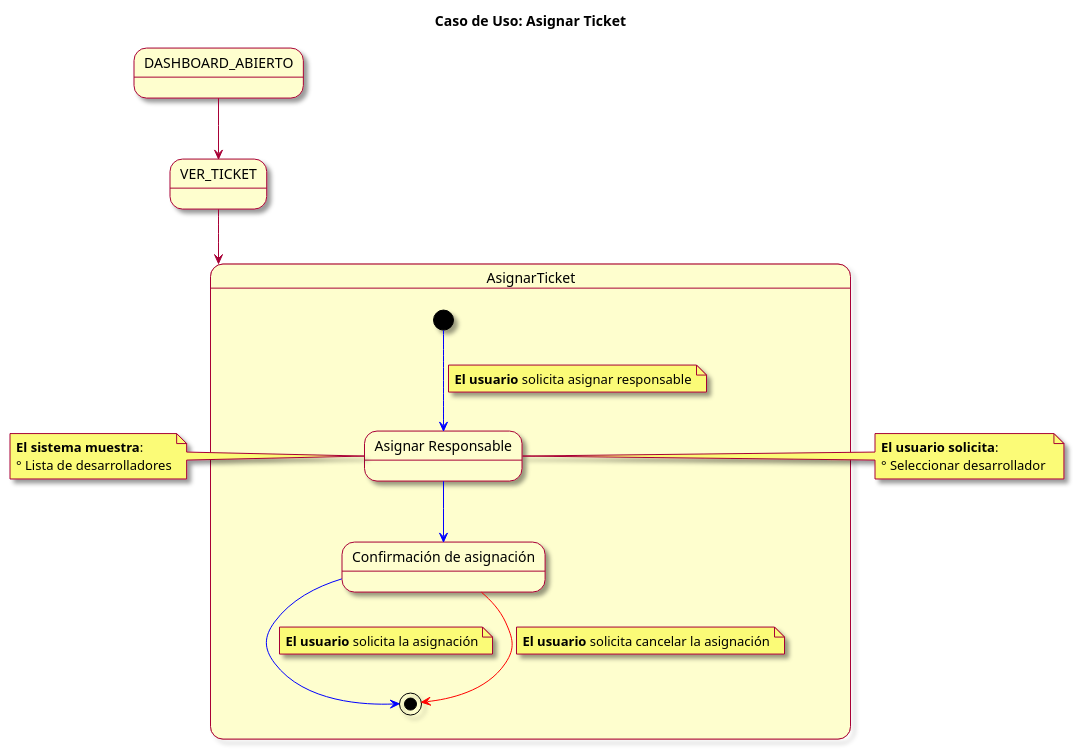
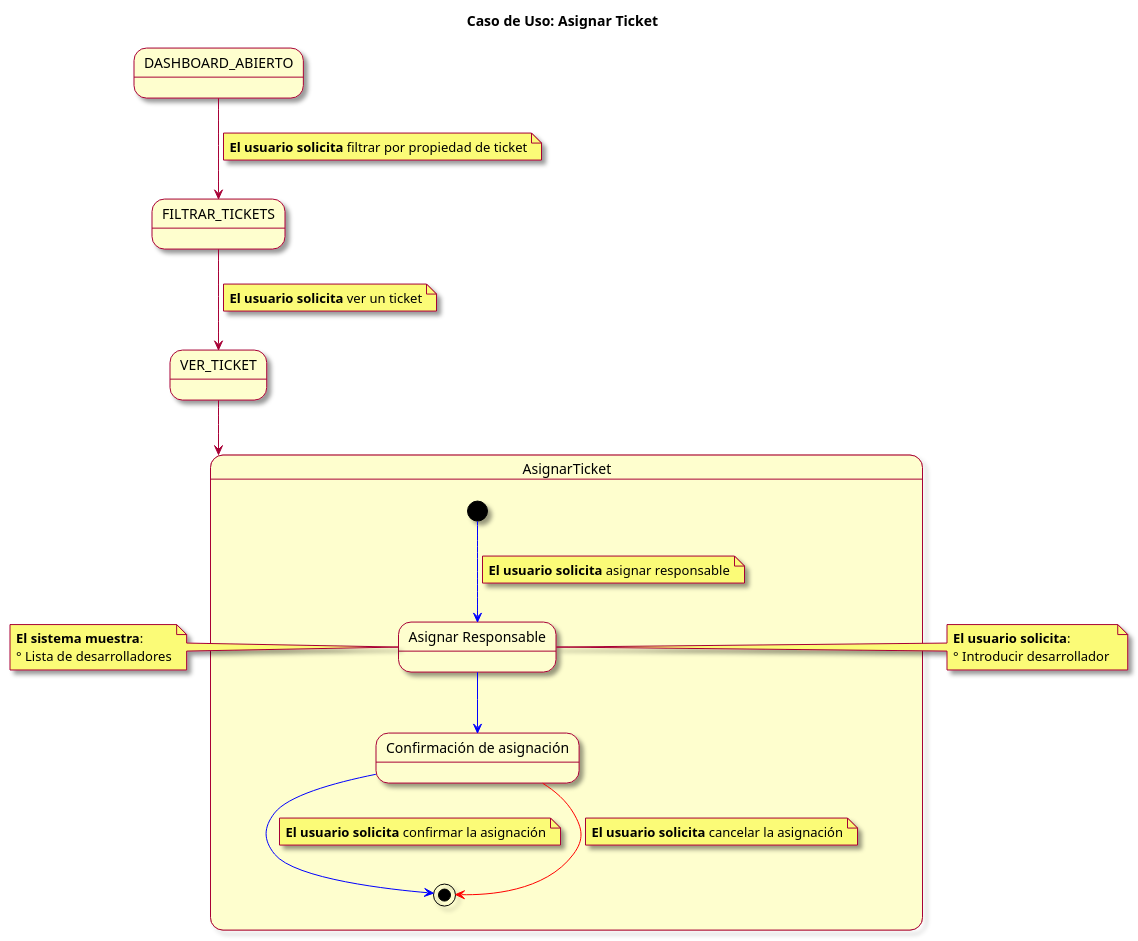
Before and after one commit to mmasias/23-24-IdSw1-SDR: the diagram in modelosUML/CasosDeUsos/CasosDetallados/AsignarTicket.puml, drawn with PlantUML. The commit also changed 8 other files, not shown here.

```diff
--- a/modelosUML/CasosDeUsos/CasosDetallados/AsignarTicket.puml
+++ b/modelosUML/CasosDeUsos/CasosDetallados/AsignarTicket.puml
@@ -1,36 +1,41 @@
 @startuml
 skin rose
 title Caso de Uso: Asignar Ticket
 
 state DASHBOARD_ABIERTO
 state VER_TICKET
+state FILTRAR_TICKETS
 
-DASHBOARD_ABIERTO --> VER_TICKET
+
+DASHBOARD_ABIERTO --> FILTRAR_TICKETS
+note on link: **El usuario solicita** filtrar por propiedad de ticket
+FILTRAR_TICKETS --> VER_TICKET
+note on link: **El usuario solicita** ver un ticket
 VER_TICKET --> AsignarTicket
 
 state AsignarTicket {
 
   [*] -[#blue]-> ingresarVerTicket
-  note on link: **El usuario** solicita asignar responsable
+  note on link: **El usuario solicita** asignar responsable
   state "Asignar Responsable" as ingresarVerTicket
   ingresarVerTicket -[#blue]-> confirmarAsignacion
   state "Confirmación de asignación" as confirmarAsignacion
   confirmarAsignacion -[#blue]-> [*]
-  note on link: **El usuario** solicita la asignación
+  note on link: **El usuario solicita** confirmar la asignación
     
   confirmarAsignacion -[#red]-> [*]
-  note on link: **El usuario** solicita cancelar la asignación
+  note on link: **El usuario solicita** cancelar la asignación
     
 }
 
 note left of ingresarVerTicket
   **El sistema muestra**: 
   ° Lista de desarrolladores
 end note
 
 note left of ingresarVerTicket
   **El usuario solicita**: 
-  ° Seleccionar desarrollador 
+  ° Introducir desarrollador 
 end note
 
 @enduml
```
